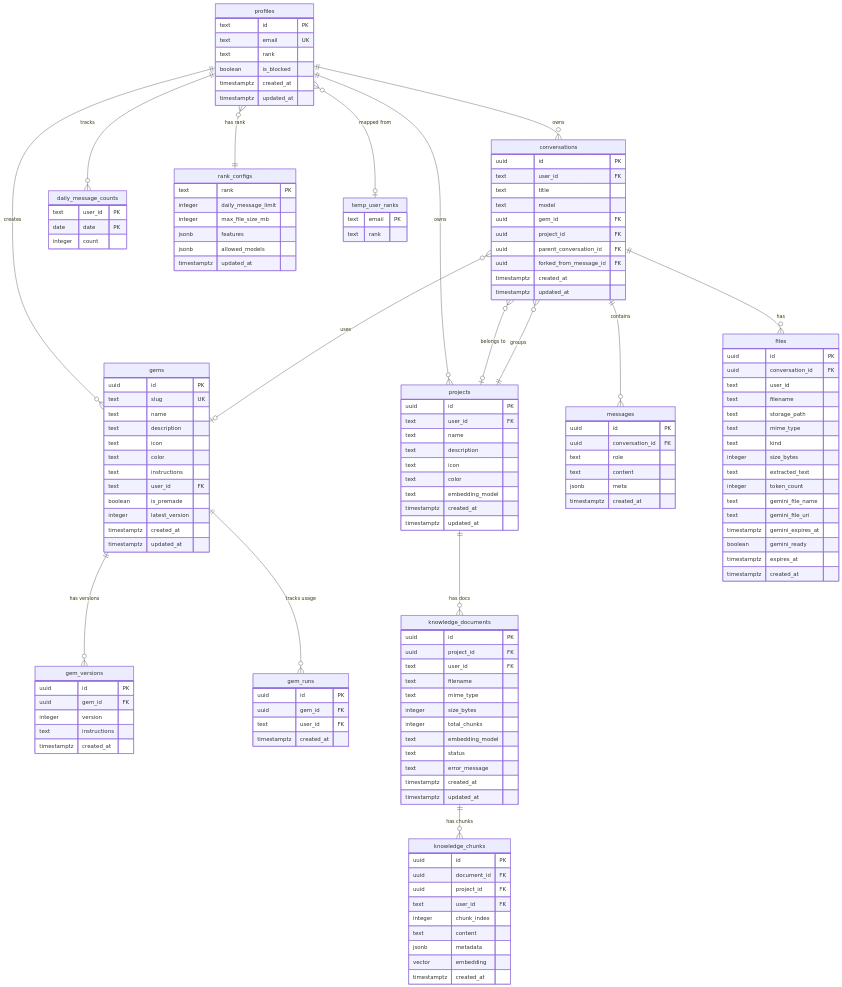
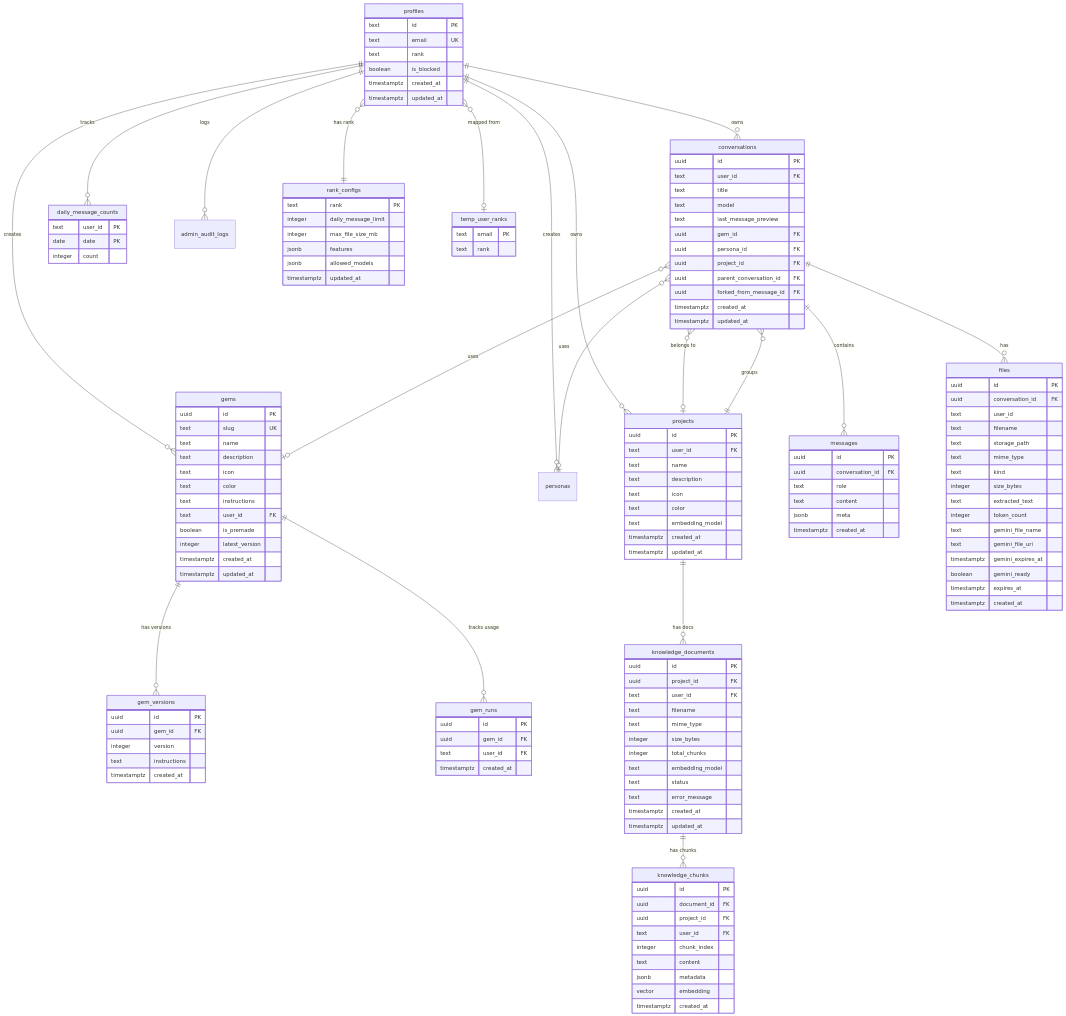
The diagram in docs/database-schema.md (wyemhu12/vikini), drawn with Mermaid before and after one commit. The commit also changed other lines of this file and 41 other files, not shown here.

```diff
--- a/docs/database-schema.md
+++ b/docs/database-schema.md
@@ -11,14 +11,17 @@
 erDiagram
     profiles ||--o{ conversations : "owns"
     profiles ||--o{ gems : "creates"
+    profiles ||--o{ personas : "creates"
     profiles ||--o{ daily_message_counts : "tracks"
     profiles ||--o{ projects : "owns"
+    profiles ||--o{ admin_audit_logs : "logs"
     profiles }o--|| rank_configs : "has rank"
     profiles }o--o| temp_user_ranks : "mapped from"
 
     conversations ||--o{ messages : "contains"
     conversations ||--o{ files : "has"
     conversations }o--o| gems : "uses"
+    conversations }o--o| personas : "uses"
     conversations }o--o| projects : "belongs to"
 
     gems ||--o{ gem_versions : "has versions"
@@ -49,7 +52,9 @@
         text user_id FK
         text title
         text model
+        text last_message_preview
         uuid gem_id FK
+        uuid persona_id FK
         uuid project_id FK
         uuid parent_conversation_id FK
         uuid forked_from_message_id FK
```
